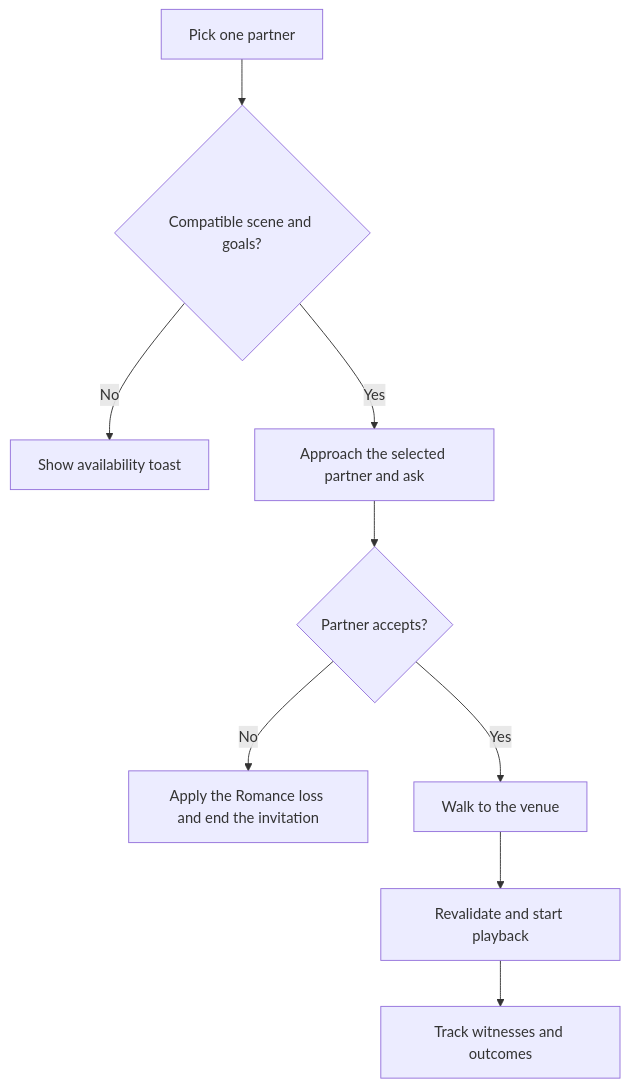
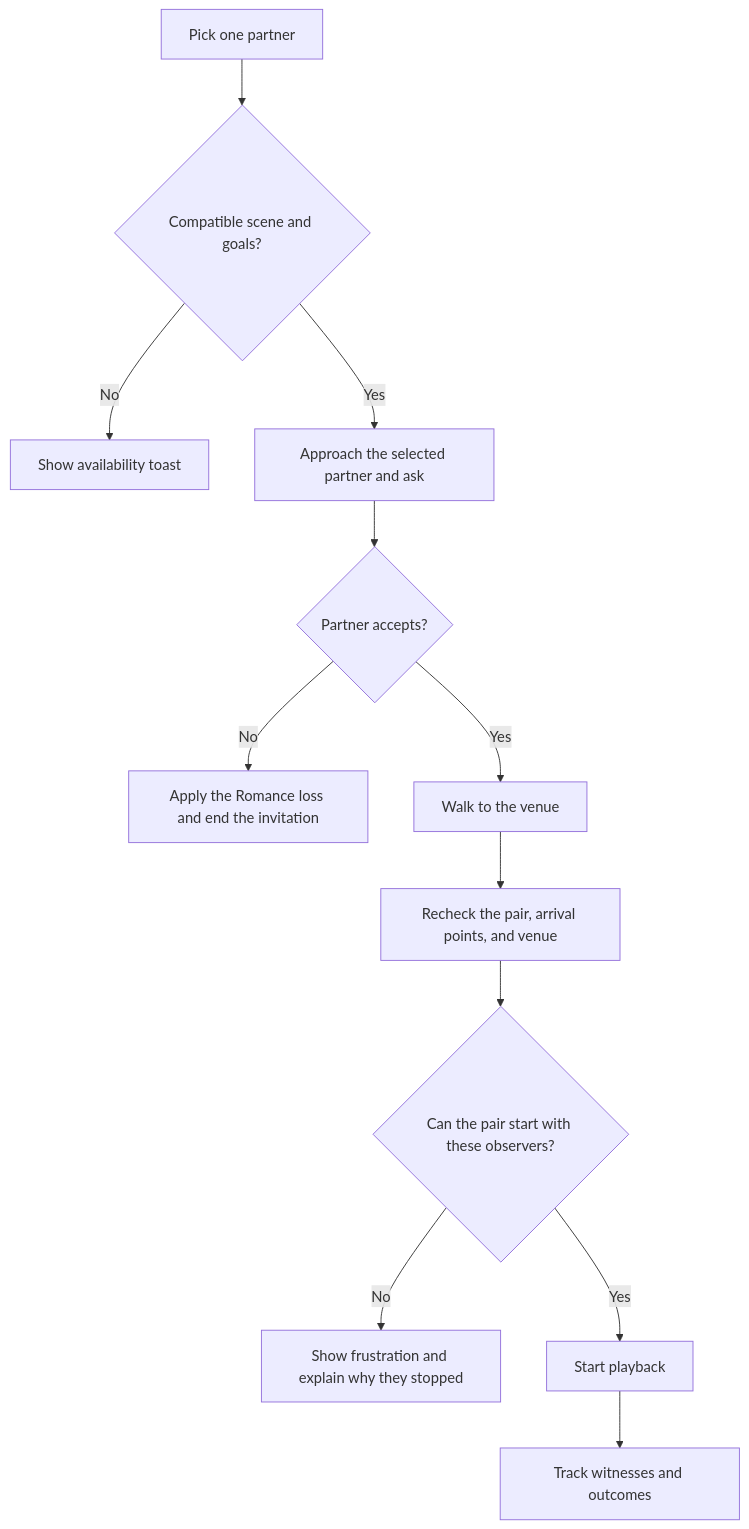
Before and after one commit to acepleiades/HZoi-Gameplay: the diagram in docs/encounter-design.md, drawn with Mermaid. The commit also changed other lines of this file and 91 other files, not shown here.

````diff
--- a/docs/encounter-design.md
+++ b/docs/encounter-design.md
@@ -15,11 +15,14 @@
 ```mermaid
 flowchart TD
     P["Pick one partner"] --> C{"Compatible scene and goals?"}
     C -->|No| T["Show availability toast"]
     C -->|Yes| I["Approach the selected partner and ask"]
     I --> A{"Partner accepts?"}
     A -->|No| E["Apply the Romance loss and end the invitation"]
     A -->|Yes| W["Walk to the venue"]
-    W --> R["Revalidate and start playback"]
-    R --> O["Track witnesses and outcomes"]
+    W --> R["Recheck the pair, arrival points, and venue"]
+    R --> V{"Can the pair start with these observers?"}
+    V -->|No| F["Show frustration and explain why they stopped"]
+    V -->|Yes| S["Start playback"]
+    S --> O["Track witnesses and outcomes"]
 ```
````
